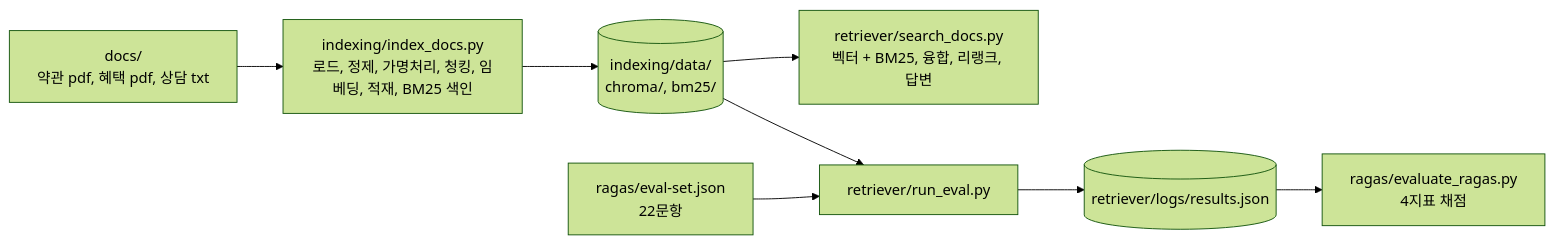
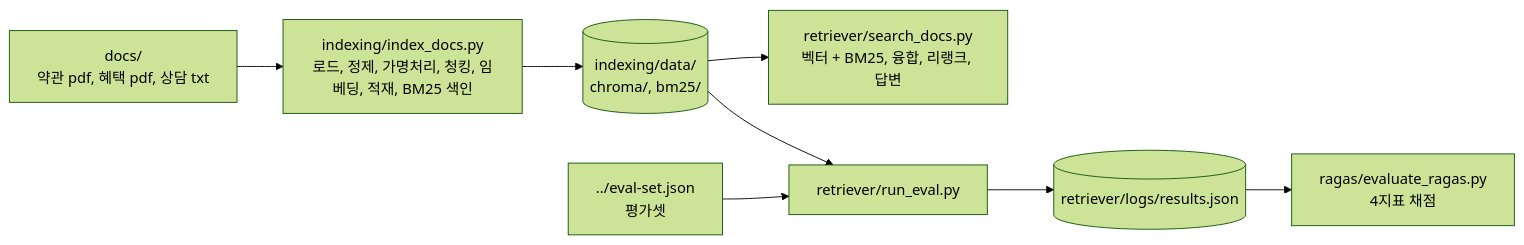
One commit to unicorn-campus/hybrid-ai changed the diagram in hands-on/solutions/rag/README.md. Above: the diagram before and after it, drawn with Mermaid (forest theme). The commit also changed 3 other files, not shown here.

````diff
--- a/hands-on/solutions/rag/README.md
+++ b/hands-on/solutions/rag/README.md
@@ -9,10 +9,10 @@
 ```mermaid
 flowchart LR
     DOCS[docs/<br/>약관 pdf, 혜택 pdf, 상담 txt] --> IDX[indexing/index_docs.py<br/>로드, 정제, 가명처리, 청킹, 임베딩, 적재, BM25 색인]
     IDX --> DATA[(indexing/data/<br/>chroma/, bm25/)]
     DATA --> RET[retriever/search_docs.py<br/>벡터 + BM25, 융합, 리랭크, 답변]
-    EVAL[ragas/eval-set.json<br/>22문항] --> RUN[retriever/run_eval.py]
+    EVAL[../eval-set.json<br/>평가셋] --> RUN[retriever/run_eval.py]
     DATA --> RUN
     RUN --> LOG[(retriever/logs/results.json)]
     LOG --> RAG[ragas/evaluate_ragas.py<br/>4지표 채점]
 ```
````
